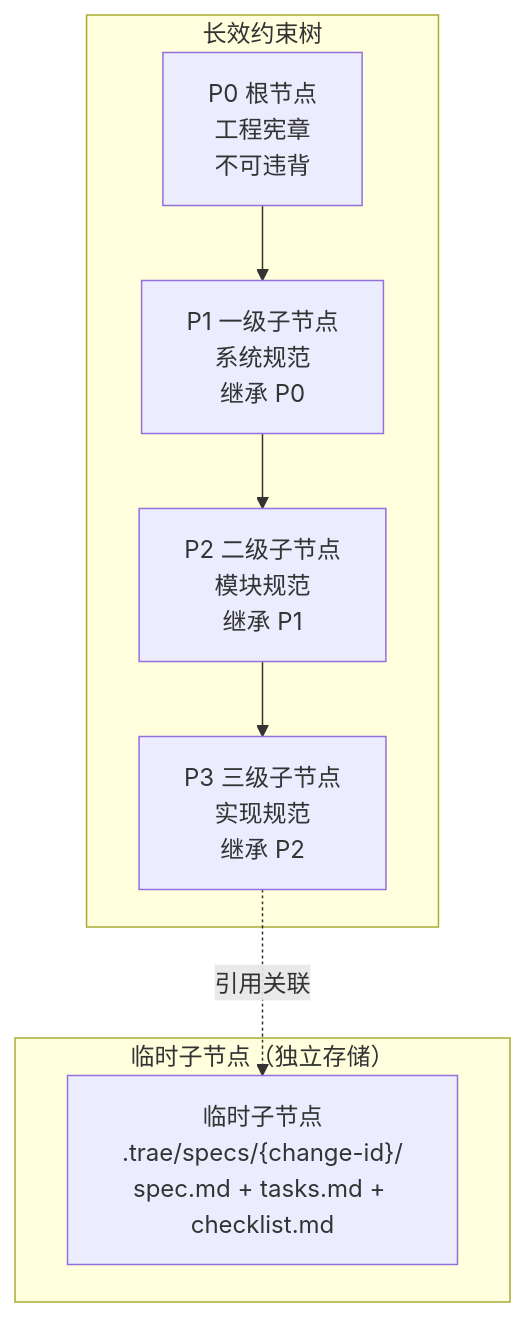
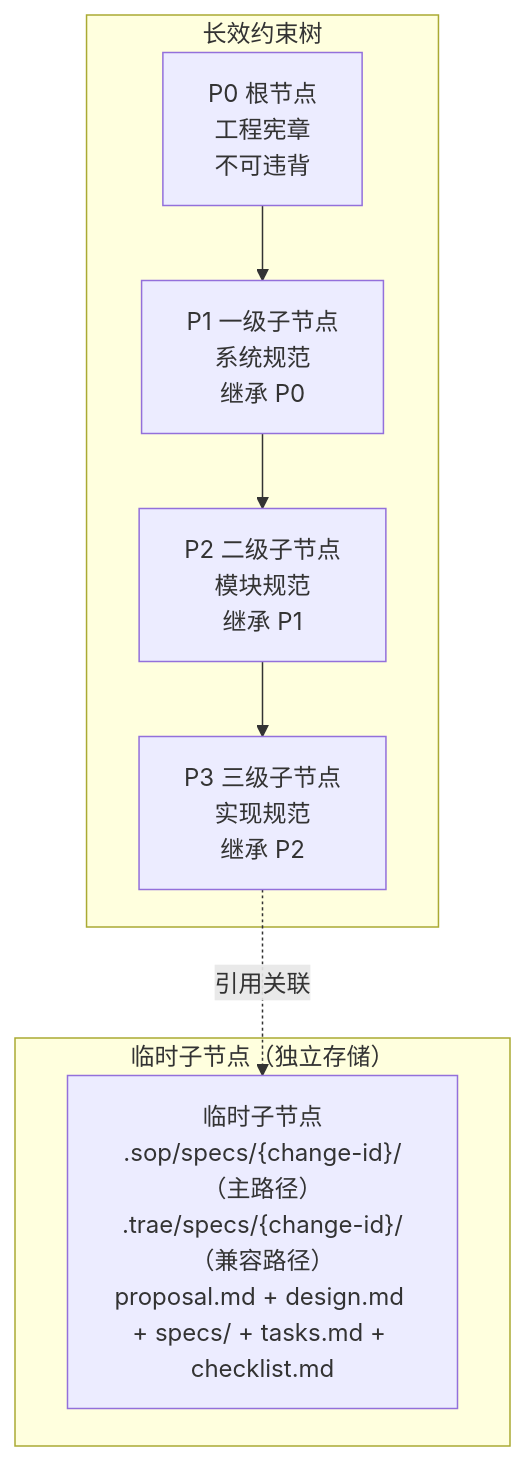
Before and after one commit to luckyMUMU/mumu-sop: the third of 11 diagrams in plugins/mumu-sop/_resources/workflow/index.md, drawn with Mermaid. The commit also changed 33 other files, not shown here.

````diff
--- a/plugins/mumu-sop/_resources/workflow/index.md
+++ b/plugins/mumu-sop/_resources/workflow/index.md
@@ -101,19 +101,19 @@
 ```mermaid
 graph TB
     subgraph 长效约束树
         P0["P0 根节点<br/>工程宪章<br/>不可违背"]
         P1["P1 一级子节点<br/>系统规范<br/>继承 P0"]
         P2["P2 二级子节点<br/>模块规范<br/>继承 P1"]
         P3["P3 三级子节点<br/>实现规范<br/>继承 P2"]
         
         P0 --> P1
         P1 --> P2
         P2 --> P3
     end
     
     subgraph 临时子节点["临时子节点（独立存储）"]
-        TEMP["临时子节点<br/>.trae/specs/{change-id}/<br/>spec.md + tasks.md + checklist.md"]
+        TEMP["临时子节点<br/>.sop/specs/{change-id}/<br/>（主路径）<br/>.trae/specs/{change-id}/<br/>（兼容路径）<br/>proposal.md + design.md + specs/ + tasks.md + checklist.md"]
     end
     
     P3 -.->|"引用关联"| TEMP
 ```
````
